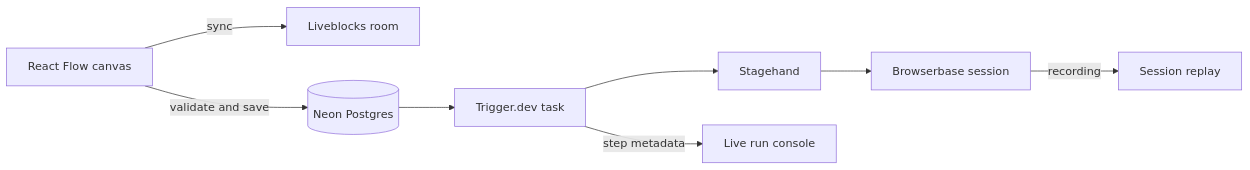
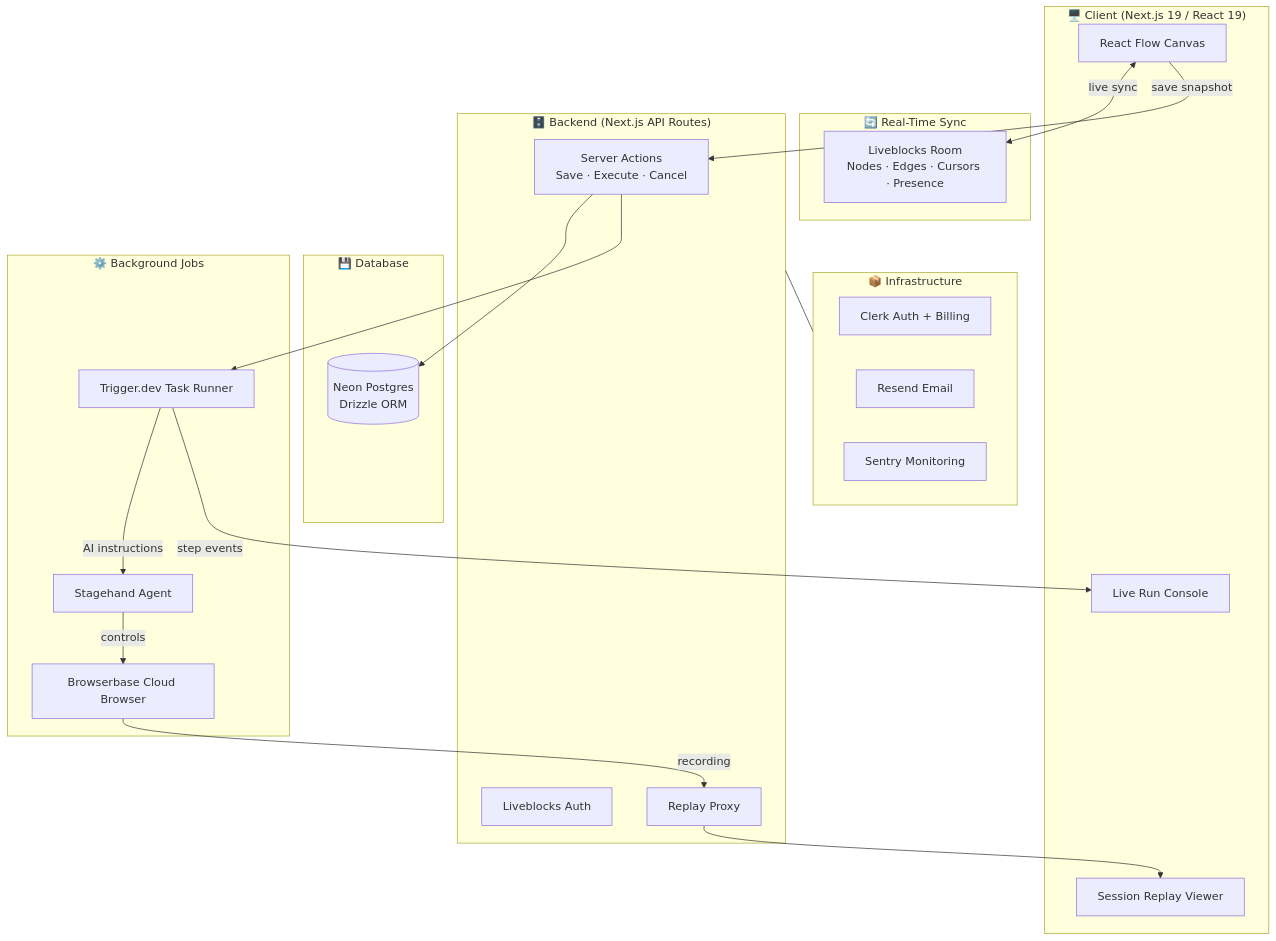
Before and after one commit to Shreya-Gupta24/Synapse: the first of 6 diagrams in README.md, drawn with Mermaid. The commit also changed other lines of this file, not shown here.

````diff
--- a/README.md
+++ b/README.md
@@ -282,10 +69,45 @@
 ```mermaid
-flowchart LR
-    A[React Flow canvas] -->|sync| B[Liveblocks room]
-    A -->|validate and save| C[(Neon Postgres)]
-    C --> D[Trigger.dev task]
-    D --> E[Stagehand]
-    E --> F[Browserbase session]
-    D -->|step metadata| G[Live run console]
-    F -->|recording| H[Session replay]
+flowchart TD
+    subgraph Client["🖥️  Client (Next.js 19 / React 19)"]
+        A[React Flow Canvas]
+        B[Live Run Console]
+        C[Session Replay Viewer]
+    end
+
+    subgraph Sync["🔄  Real-Time Sync"]
+        D[Liveblocks Room\nNodes · Edges · Cursors · Presence]
+    end
+
+    subgraph Backend["🗄️  Backend (Next.js API Routes)"]
+        E[Server Actions\nSave · Execute · Cancel]
+        F[Liveblocks Auth]
+        G[Replay Proxy]
+    end
+
+    subgraph DB["💾  Database"]
+        H[(Neon Postgres\nDrizzle ORM)]
+    end
+
+    subgraph Jobs["⚙️  Background Jobs"]
+        I[Trigger.dev Task Runner]
+        J[Stagehand Agent]
+        K[Browserbase Cloud Browser]
+    end
+
+    subgraph Infra["📦  Infrastructure"]
+        L[Clerk Auth + Billing]
+        M[Resend Email]
+        N[Sentry Monitoring]
+    end
+
+    A <-->|live sync| D
+    A -->|save snapshot| E
+    E --> H
+    E --> I
+    I -->|AI instructions| J
+    J -->|controls| K
+    I -->|step events| B
+    K -->|recording| G
+    G --> C
+    Backend --- Infra
 ```
````
